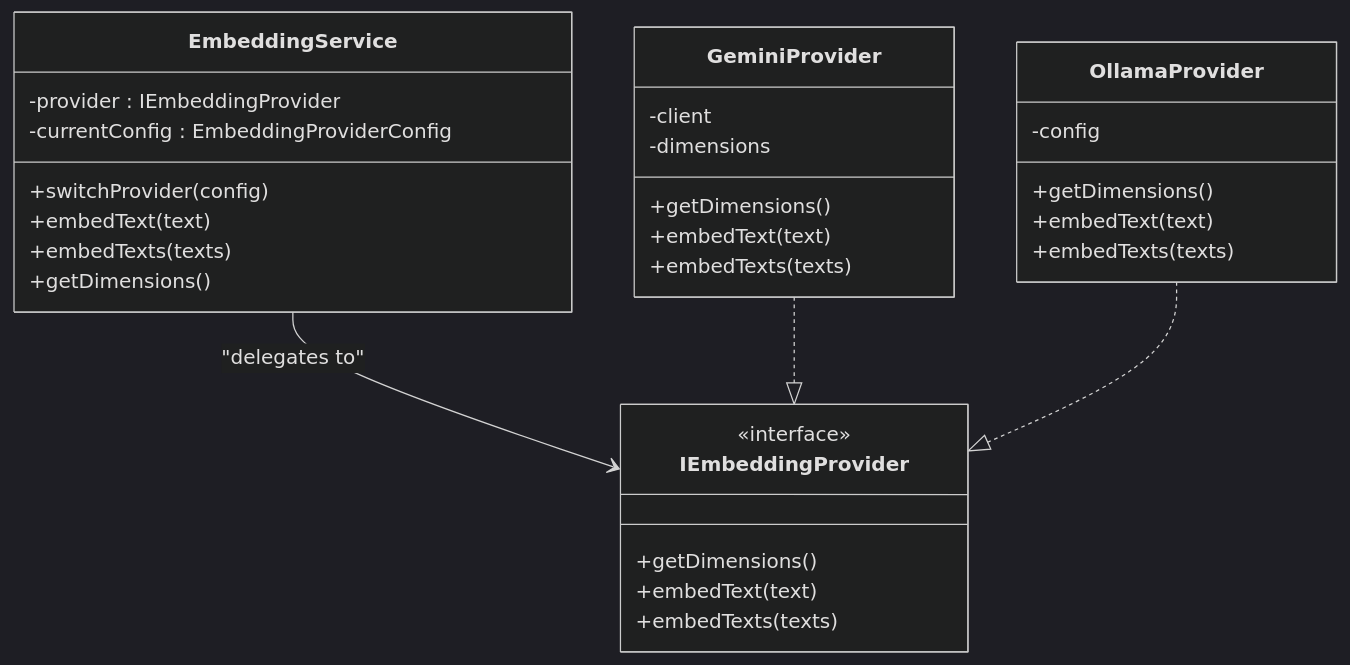
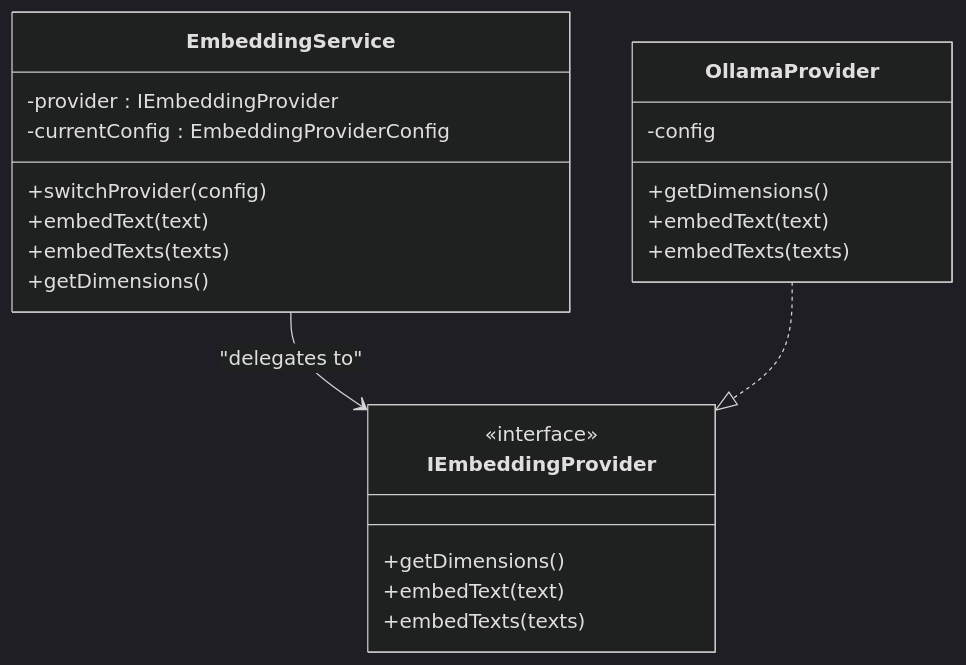
One commit to bramburn/repomix-runner changed the seventh of 15 diagrams in .qoder/repowiki/en/content/Indexing and Search System/Indexing and Search System.md. Above: the diagram before and after it, drawn with Mermaid (dark theme). The commit also changed other lines of this file and 41 other files, not shown here.

````diff
--- a/.qoder/repowiki/en/content/Indexing and Search System/Indexing and Search System.md
+++ b/.qoder/repowiki/en/content/Indexing and Search System/Indexing and Search System.md
@@ -369,33 +340,25 @@
 ```mermaid
 classDiagram
 class EmbeddingService {
 -provider : IEmbeddingProvider
 -currentConfig : EmbeddingProviderConfig
 +switchProvider(config)
 +embedText(text)
 +embedTexts(texts)
 +getDimensions()
 }
 class IEmbeddingProvider {
 <<interface>>
 +getDimensions()
 +embedText(text)
 +embedTexts(texts)
 }
-class GeminiProvider {
--client
--dimensions
-+getDimensions()
-+embedText(text)
-+embedTexts(texts)
-}
 class OllamaProvider {
 -config
 +getDimensions()
 +embedText(text)
 +embedTexts(texts)
 }
 EmbeddingService --> IEmbeddingProvider : "delegates to"
-GeminiProvider ..|> IEmbeddingProvider
 OllamaProvider ..|> IEmbeddingProvider
 ```
````
